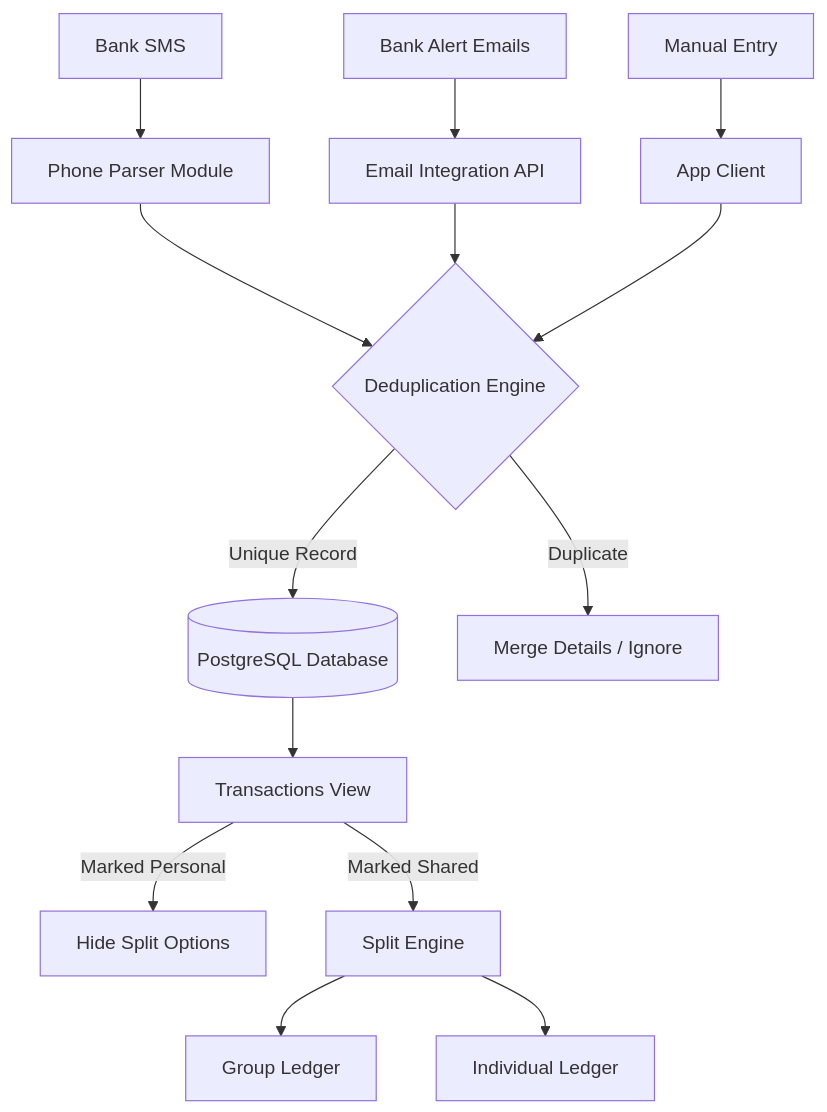
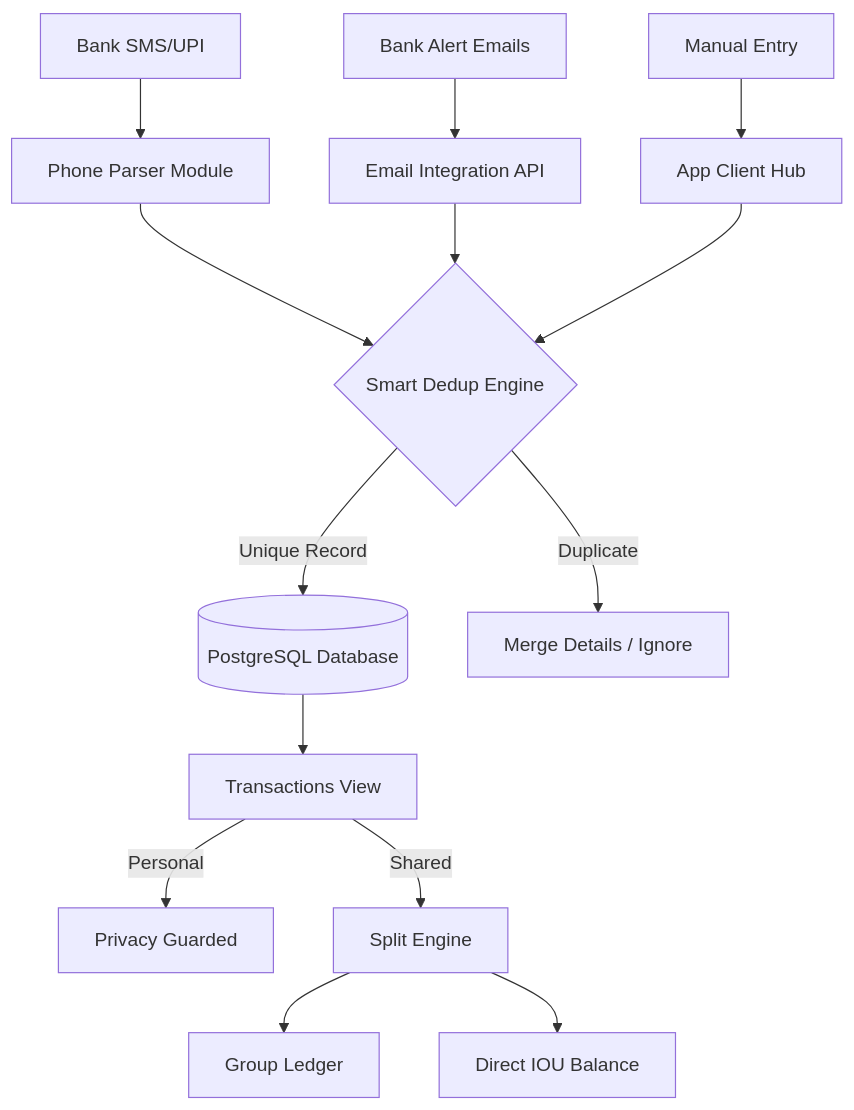
The diagram in README.md (Vimlesh-Kumar/CashSync), drawn with Mermaid before and after one commit. The commit also changed other lines of this file, not shown here.

Commit message:
feat: overhaul README with an updated project description, refined architecture, detailed core features, and a new implementation roadmap.

````diff
--- a/README.md
+++ b/README.md
@@ -405,21 +377,21 @@
 ```mermaid
 graph TD
-    A1[Bank SMS] --> B[Phone Parser Module]
+    A1[Bank SMS/UPI] --> B[Phone Parser Module]
     A2[Bank Alert Emails] --> C[Email Integration API]
-    A3[Manual Entry] --> D[App Client]
+    A3[Manual Entry] --> D[App Client Hub]
 
-    B --> E{Deduplication Engine}
+    B --> E{Smart Dedup Engine}
     C --> E
     D --> E
 
     E -- Unique Record --> F[(PostgreSQL Database)]
     E -- Duplicate --> Z[Merge Details / Ignore]
 
     F --> G[Transactions View]
 
-    G -- Marked Personal --> H[Hide Split Options]
-    G -- Marked Shared --> I[Split Engine]
+    G -- Personal --> H[Privacy Guarded]
+    G -- Shared --> I[Split Engine]
 
     I --> J[Group Ledger]
-    I --> K[Individual Ledger]
+    I --> K[Direct IOU Balance]
 ```
````
